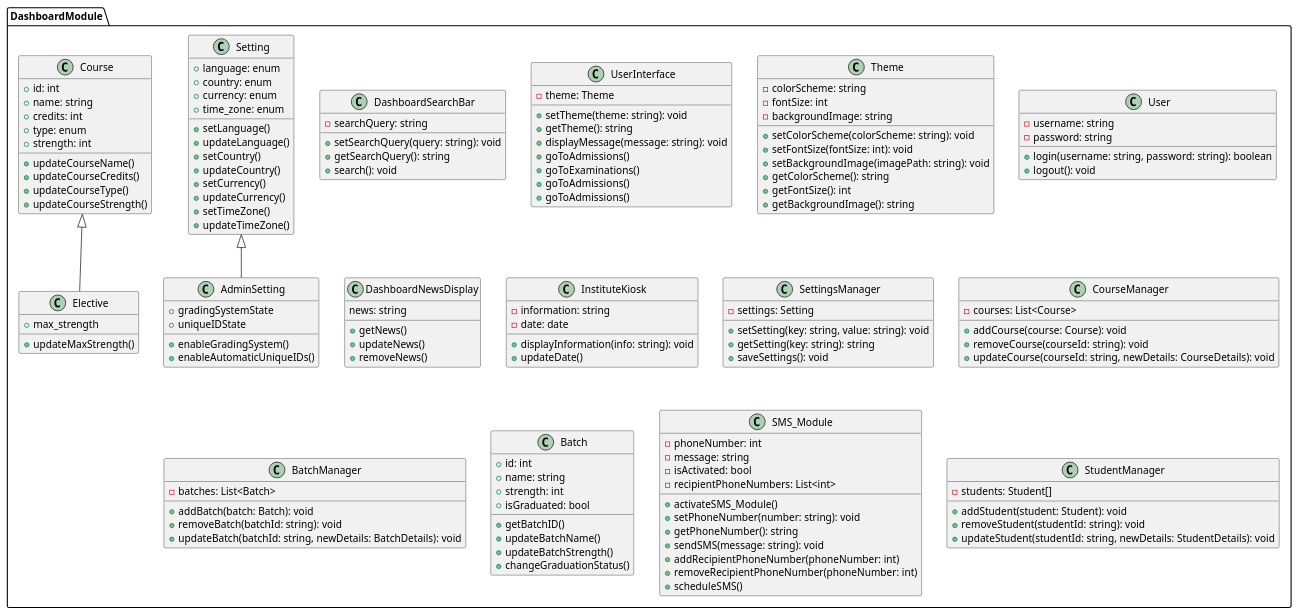
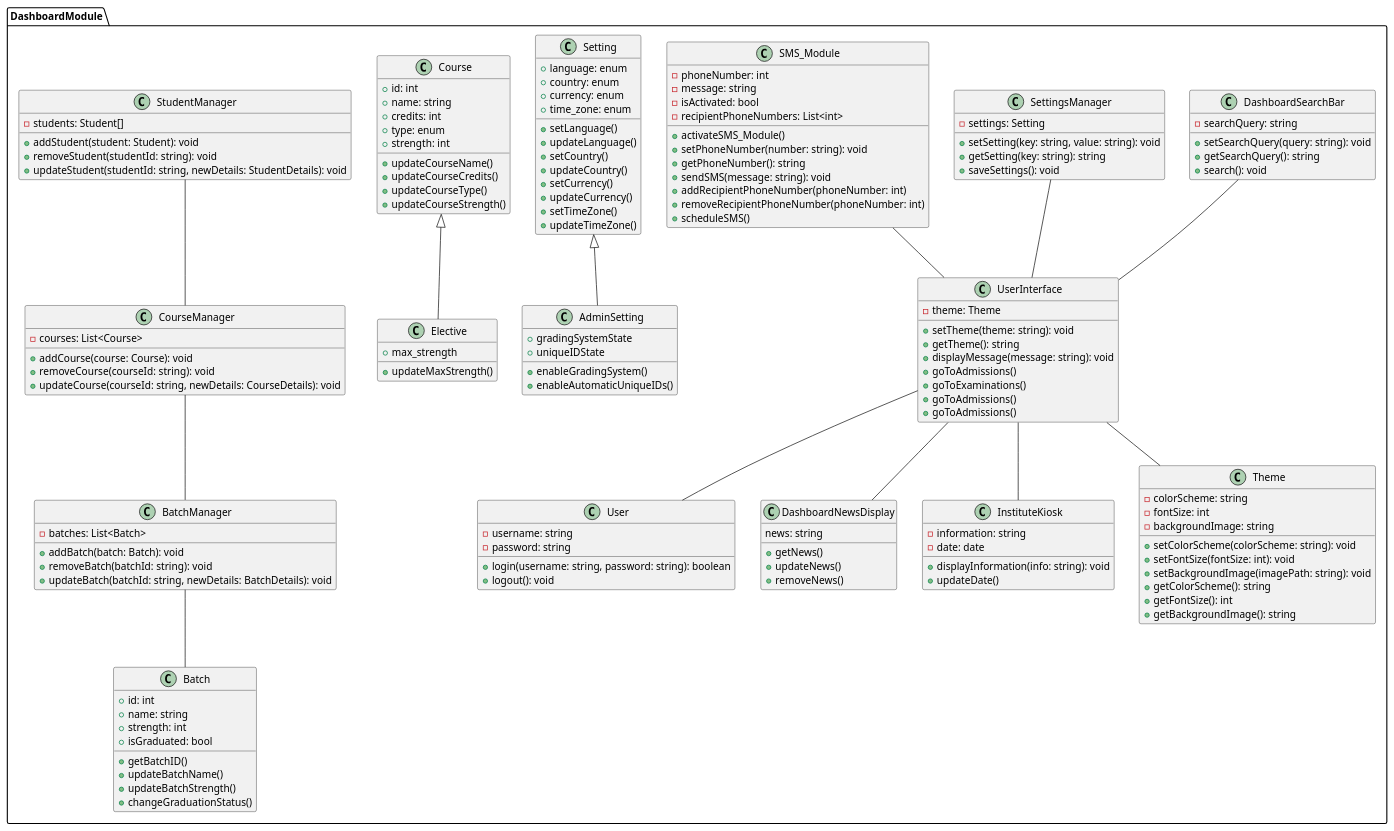
One commit to anshium/DASS-Assignment-3-IMS-System-Design changed the diagram in dashboard.plantuml. Above: the diagram before and after it, drawn with PlantUML.

Commit message:
update dashboard

```diff
--- a/dashboard.plantuml
+++ b/dashboard.plantuml
@@ -1,169 +1,172 @@
 @startuml dashboard
 
 package DashboardModule {
 	class DashboardSearchBar {
 		- searchQuery: string
 		+ setSearchQuery(query: string): void
 		+ getSearchQuery(): string
 		+ search(): void
 	}
 
 	class UserInterface {
 		- theme: Theme
 		+ setTheme(theme: string): void
 		+ getTheme(): string
 		+ displayMessage(message: string): void
 		+ goToAdmissions()
 		+ goToExaminations()
 		+ goToAdmissions()
 		+ goToAdmissions()
 	}
 
 	class Theme {
 		- colorScheme: string
 		- fontSize: int
 		- backgroundImage: string
 
 		+ setColorScheme(colorScheme: string): void
 		+ setFontSize(fontSize: int): void
 		+ setBackgroundImage(imagePath: string): void
 		+ getColorScheme(): string
 		+ getFontSize(): int
 		+ getBackgroundImage(): string
 	}
 
 	class User {
 		- username: string
 		- password: string
 		+ login(username: string, password: string): boolean
 		+ logout(): void
 	}
 
 	class DashboardNewsDisplay {
 		news: string
 
 		+ getNews()
 		+ updateNews()
 		+ removeNews()
 	}
 
 	class InstituteKiosk {
 		- information: string
 		- date: date
 		+ displayInformation(info: string): void
 		+ updateDate()
 	}
 
 	class SettingsManager {
 		- settings: Setting
 		+ setSetting(key: string, value: string): void
 		+ getSetting(key: string): string
 		+ saveSettings(): void
 	}
 
 	' Setting is a class for ease of storing multiple settings
 
 	class Setting {
 		+ language: enum
 		+ country: enum
 		+ currency: enum
 		+ time_zone: enum
 
 		+ setLanguage()
 		+ updateLanguage()
 		+ setCountry()
 		+ updateCountry()
 		+ setCurrency()
 		+ updateCurrency()
 		+ setTimeZone()
 		+ updateTimeZone()
 	}
 
 	class AdminSetting extends Setting {
 		+ gradingSystemState
 		+ uniqueIDState
 
 		+ enableGradingSystem()
 		+ enableAutomaticUniqueIDs()
 	}
 
 	class CourseManager {
 		- courses: List<Course>
 
 		+ addCourse(course: Course): void
 		+ removeCourse(courseId: string): void
 		+ updateCourse(courseId: string, newDetails: CourseDetails): void
 	}
 
 	class Course {
 		+ id: int
 		+ name: string
 		+ credits: int
 		+ type: enum
 		+ strength: int
 
 		+ updateCourseName()
 		+ updateCourseCredits()
 		+ updateCourseType()
 		+ updateCourseStrength()
 	}
 
 	class Elective extends Course {
 		+ max_strength
 
 		+ updateMaxStrength()
 	}
 
 	class BatchManager {
 		- batches: List<Batch>
 		+ addBatch(batch: Batch): void
 		+ removeBatch(batchId: string): void
 		+ updateBatch(batchId: string, newDetails: BatchDetails): void
 	}
 
 	class Batch {
 		+ id: int
 		+ name: string
 		+ strength: int
 		+ isGraduated: bool
 
 		+ getBatchID()
 		+ updateBatchName()
 		+ updateBatchStrength()
 		+ changeGraduationStatus()
 	}
 
 	class SMS_Module {
 		- phoneNumber: int
 		- message: string
 		- isActivated: bool
 		- recipientPhoneNumbers: List<int>
 
 		+ activateSMS_Module()
 		+ setPhoneNumber(number: string): void
 		+ getPhoneNumber(): string
 		+ sendSMS(message: string): void
 		+ addRecipientPhoneNumber(phoneNumber: int)
 		+ removeRecipientPhoneNumber(phoneNumber: int)
 		+ scheduleSMS()
 	}
 
 	' To see
 	class StudentManager {
 		- students: Student[]
 
 		+ addStudent(student: Student): void
 		+ removeStudent(studentId: string): void
 		+ updateStudent(studentId: string, newDetails: StudentDetails): void
 		'Student categories need to be added'
 	}
 
-	' DashboardSearchBar -- UserInterface
-	' UserInterface -- User
-	' User -- InstituteKiosk
-	' SettingsManager -- UserInterface
-	' CourseManager -- BatchManager
-	' SMS_Module -- UserInterface
-	' StudentManager -- CourseManager
+	DashboardSearchBar -- UserInterface
+	UserInterface -- User
+	UserInterface -- InstituteKiosk
+	SettingsManager -- UserInterface
+	CourseManager -- BatchManager
+	SMS_Module -- UserInterface
+	StudentManager -- CourseManager
+	BatchManager -- Batch
+	UserInterface -- Theme
+	UserInterface -- DashboardNewsDisplay
 }
 @enduml
```
